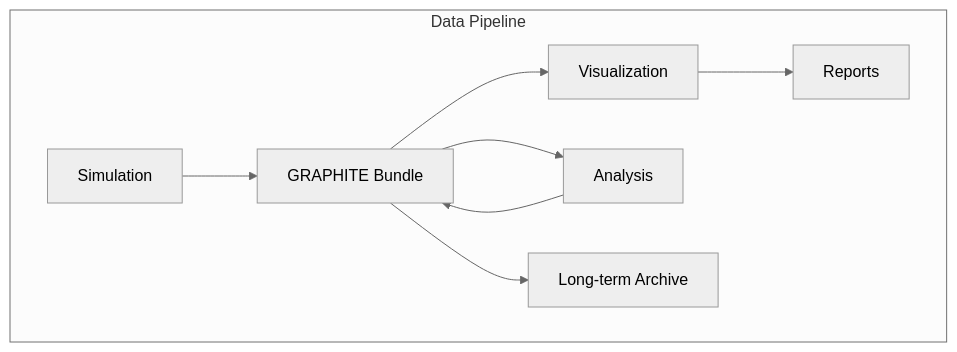
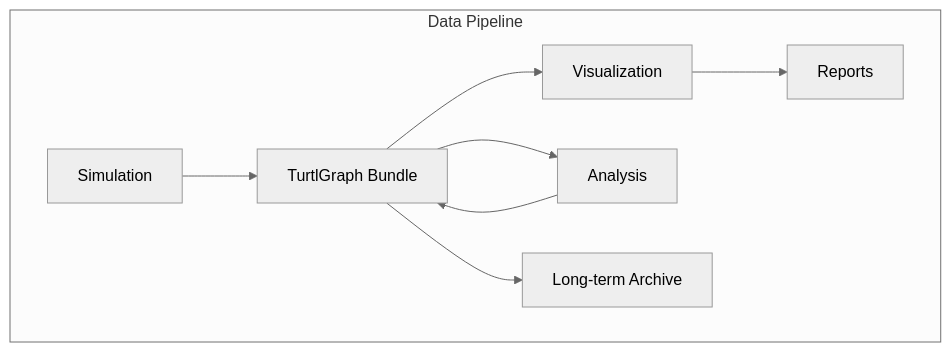
The fourth of 5 diagrams in volumes/volume-2-development-integration/part-7-real-world-application.md (turtlgraph/docs), drawn with Mermaid (neutral theme) before and after one commit. The commit also changed other lines of this file and 10 other files, not shown here.

First line of the commit message:
docs: Replace all GRAPHITE references with TurtlGraph/HyperDAG

````diff
--- a/volumes/volume-2-development-integration/part-7-real-world-application.md
+++ b/volumes/volume-2-development-integration/part-7-real-world-application.md
@@ -322,12 +322,12 @@
 ```mermaid
 graph TD
     subgraph "Data Pipeline"
-        SIM[Simulation] --> GRAF[GRAPHITE Bundle]
+        SIM[Simulation] --> GRAF[TurtlGraph Bundle]
         GRAF --> VIZ[Visualization]
         GRAF --> ANALYSIS[Analysis]
         GRAF --> ARCHIVE[Long-term Archive]
         
         ANALYSIS --> GRAF
         VIZ --> REPORT[Reports]
     end
 ```
````
